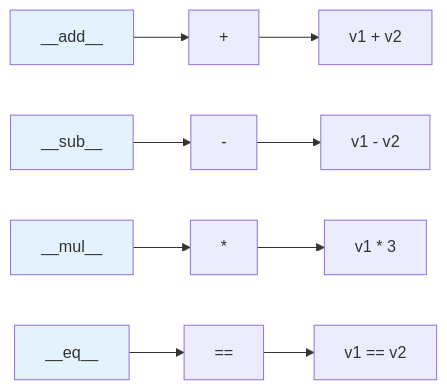
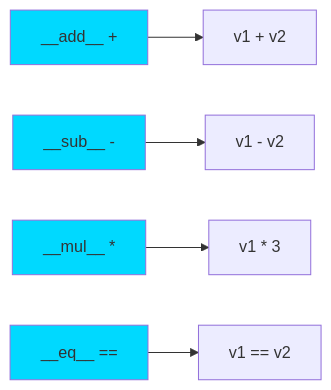
One commit to Lagmouchyoussef/Python-Practical-Works changed diagram 11 of 22 in README.md. Above: the diagram before and after it, drawn with Mermaid. The commit also changed other lines of this file, not shown here.

````diff
--- a/README.md
+++ b/README.md
@@ -294,12 +399,12 @@
 ```mermaid
 graph LR
-    Op1["__add__"] --> Plus["+"] --> Ex1["v1 + v2"]
-    Op2["__sub__"] --> Minus["-"] --> Ex2["v1 - v2"]
-    Op3["__mul__"] --> Star["*"] --> Ex3["v1 * 3"]
-    Op4["__eq__"] --> Equal["=="] --> Ex4["v1 == v2"]
+    Add["__add__ +"] --> Result1["v1 + v2"]
+    Sub["__sub__ -"] --> Result2["v1 - v2"]
+    Mul["__mul__ *"] --> Result3["v1 * 3"]
+    Eq["__eq__ =="] --> Result4["v1 == v2"]
     
-    style Op1 fill:#e3f2fd
-    style Op2 fill:#e3f2fd
-    style Op3 fill:#e3f2fd
-    style Op4 fill:#e3f2fd
+    style Add fill:#00d9ff
+    style Sub fill:#00d9ff
+    style Mul fill:#00d9ff
+    style Eq fill:#00d9ff
 ```
````
